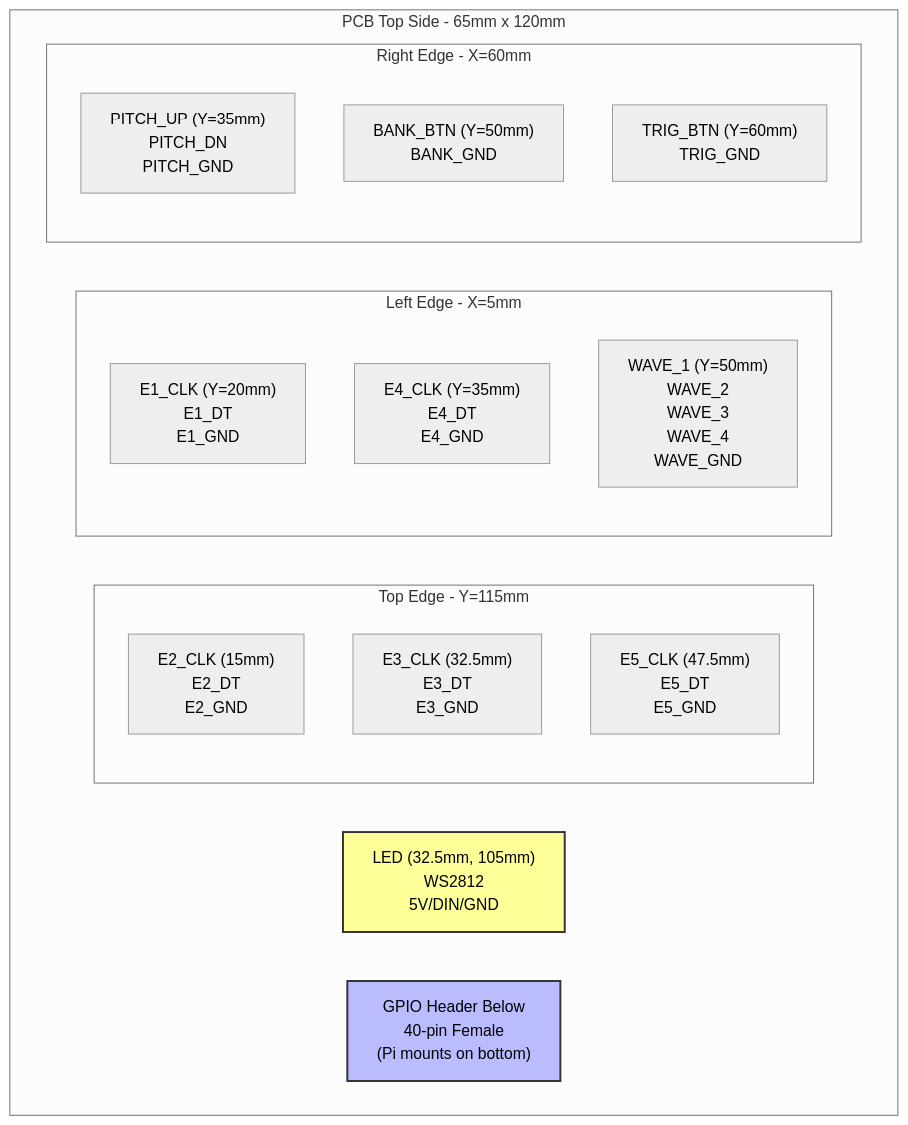
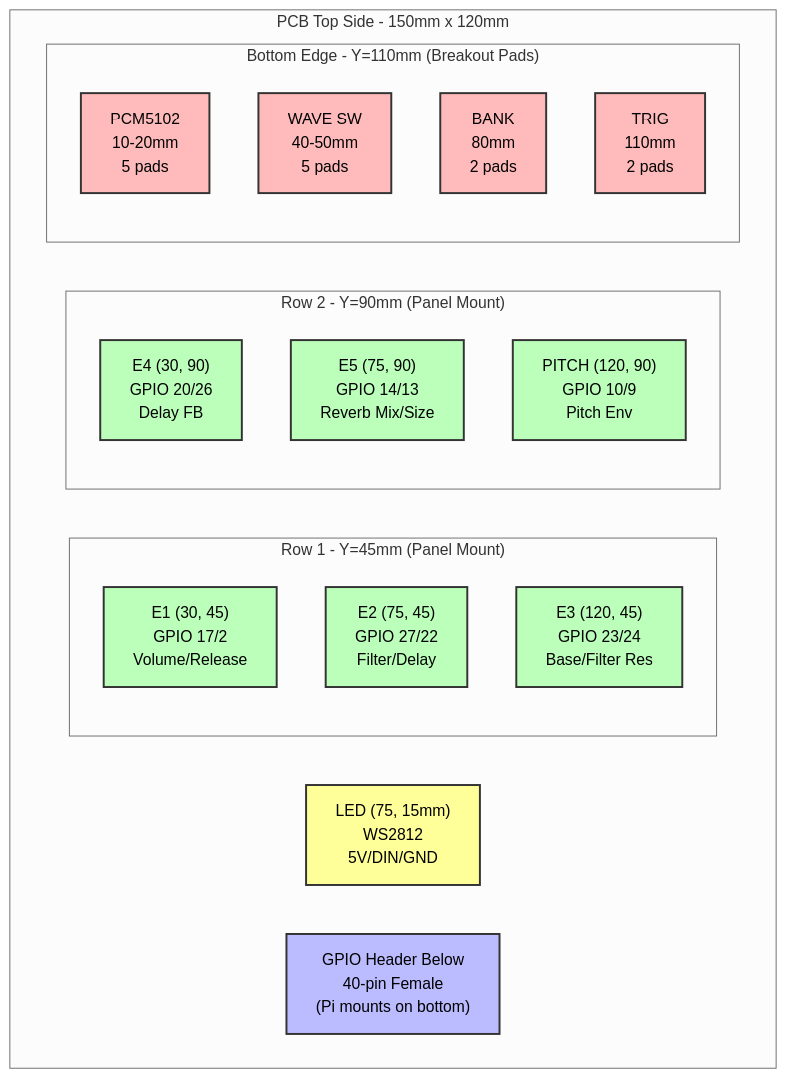
One commit to parkredding/poor-house-dub-v2 changed the second of 11 diagrams in PCB_SCHEMATIC.md. Above: the diagram before and after it, drawn with Mermaid (neutral theme). The commit also changed other lines of this file and 1 other file, not shown here.

First line of the commit message:
Update CSV and Mermaid schematics for hybrid PCB design

````diff
--- a/PCB_SCHEMATIC.md
+++ b/PCB_SCHEMATIC.md
@@ -78,29 +71,40 @@
 ```mermaid
 graph TD
-    subgraph "PCB Top Side - 65mm x 120mm"
-        subgraph "Top Edge - Y=115mm"
-            T1["E2_CLK (15mm)<br/>E2_DT<br/>E2_GND"]
-            T2["E3_CLK (32.5mm)<br/>E3_DT<br/>E3_GND"]
-            T3["E5_CLK (47.5mm)<br/>E5_DT<br/>E5_GND"]
+    subgraph "PCB Top Side - 150mm x 120mm"
+        CTR["LED (75, 15mm)<br/>WS2812<br/>5V/DIN/GND"]
+
+        subgraph "Row 1 - Y=45mm (Panel Mount)"
+            R1C1["E1 (30, 45)<br/>GPIO 17/2<br/>Volume/Release"]
+            R1C2["E2 (75, 45)<br/>GPIO 27/22<br/>Filter/Delay"]
+            R1C3["E3 (120, 45)<br/>GPIO 23/24<br/>Base/Filter Res"]
         end
 
-        CTR["LED (32.5mm, 105mm)<br/>WS2812<br/>5V/DIN/GND"]
-
-        subgraph "Left Edge - X=5mm"
-            L1["E1_CLK (Y=20mm)<br/>E1_DT<br/>E1_GND"]
-            L2["E4_CLK (Y=35mm)<br/>E4_DT<br/>E4_GND"]
-            L3["WAVE_1 (Y=50mm)<br/>WAVE_2<br/>WAVE_3<br/>WAVE_4<br/>WAVE_GND"]
+        subgraph "Row 2 - Y=90mm (Panel Mount)"
+            R2C1["E4 (30, 90)<br/>GPIO 20/26<br/>Delay FB"]
+            R2C2["E5 (75, 90)<br/>GPIO 14/13<br/>Reverb Mix/Size"]
+            R2C3["PITCH (120, 90)<br/>GPIO 10/9<br/>Pitch Env"]
         end
 
-        subgraph "Right Edge - X=60mm"
-            R1["PITCH_UP (Y=35mm)<br/>PITCH_DN<br/>PITCH_GND"]
-            R2["BANK_BTN (Y=50mm)<br/>BANK_GND"]
-            R3["TRIG_BTN (Y=60mm)<br/>TRIG_GND"]
+        subgraph "Bottom Edge - Y=110mm (Breakout Pads)"
+            BP1["PCM5102<br/>10-20mm<br/>5 pads"]
+            BP2["WAVE SW<br/>40-50mm<br/>5 pads"]
+            BP3["BANK<br/>80mm<br/>2 pads"]
+            BP4["TRIG<br/>110mm<br/>2 pads"]
         end
 
         BTM["GPIO Header Below<br/>40-pin Female<br/>(Pi mounts on bottom)"]
     end
 
     style CTR fill:#ff9,stroke:#333,stroke-width:2px
     style BTM fill:#bbf,stroke:#333,stroke-width:2px
+    style R1C1 fill:#bfb,stroke:#333,stroke-width:2px
+    style R1C2 fill:#bfb,stroke:#333,stroke-width:2px
+    style R1C3 fill:#bfb,stroke:#333,stroke-width:2px
+    style R2C1 fill:#bfb,stroke:#333,stroke-width:2px
+    style R2C2 fill:#bfb,stroke:#333,stroke-width:2px
+    style R2C3 fill:#bfb,stroke:#333,stroke-width:2px
+    style BP1 fill:#fbb,stroke:#333,stroke-width:2px
+    style BP2 fill:#fbb,stroke:#333,stroke-width:2px
+    style BP3 fill:#fbb,stroke:#333,stroke-width:2px
+    style BP4 fill:#fbb,stroke:#333,stroke-width:2px
 ```
````
